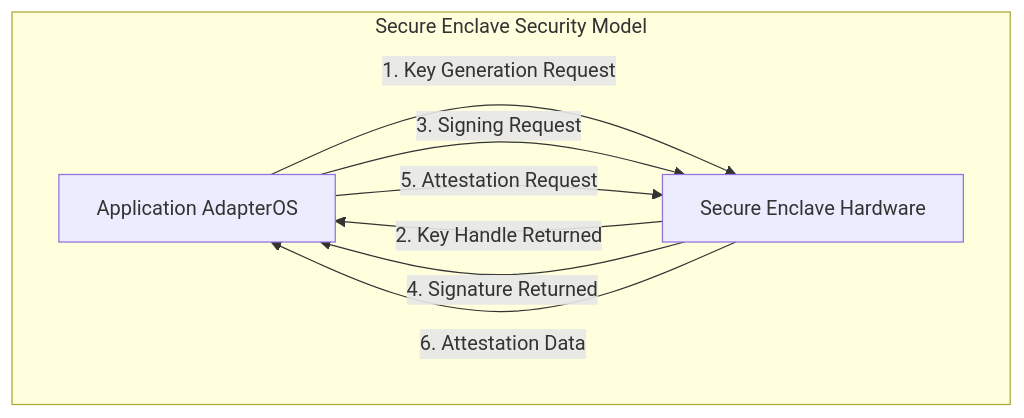
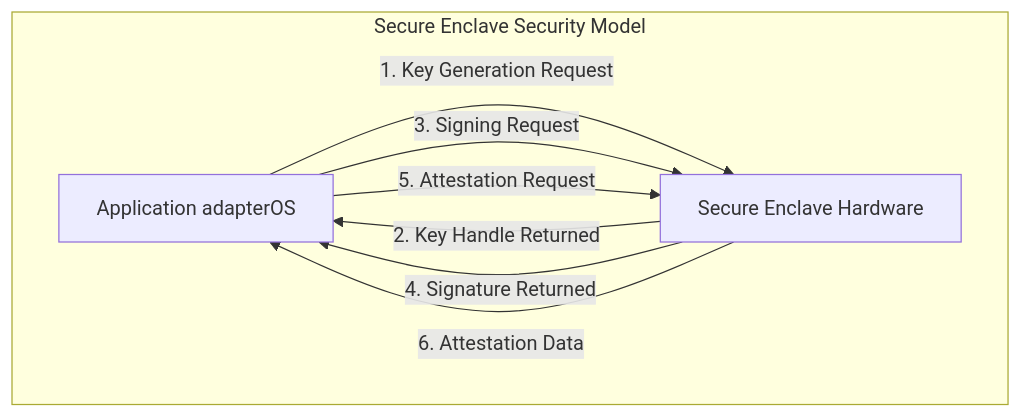
The fourth of 4 diagrams in docs/SECURITY.md (rogu3bear/adapter-os), drawn with Mermaid before and after one commit. The commit also changed other lines of this file and 709 other files, not shown here.

````diff
--- a/docs/SECURITY.md
+++ b/docs/SECURITY.md
@@ -500,11 +500,11 @@
 ```mermaid
 graph TD
     subgraph "Secure Enclave Security Model"
-        A[Application AdapterOS] -->|1. Key Generation Request| B[Secure Enclave Hardware]
+        A[Application adapterOS] -->|1. Key Generation Request| B[Secure Enclave Hardware]
         B -->|2. Key Handle Returned| A
         A -->|3. Signing Request| B
         B -->|4. Signature Returned| A
         A -->|5. Attestation Request| B
         B -->|6. Attestation Data| A
     end
 ```
````
